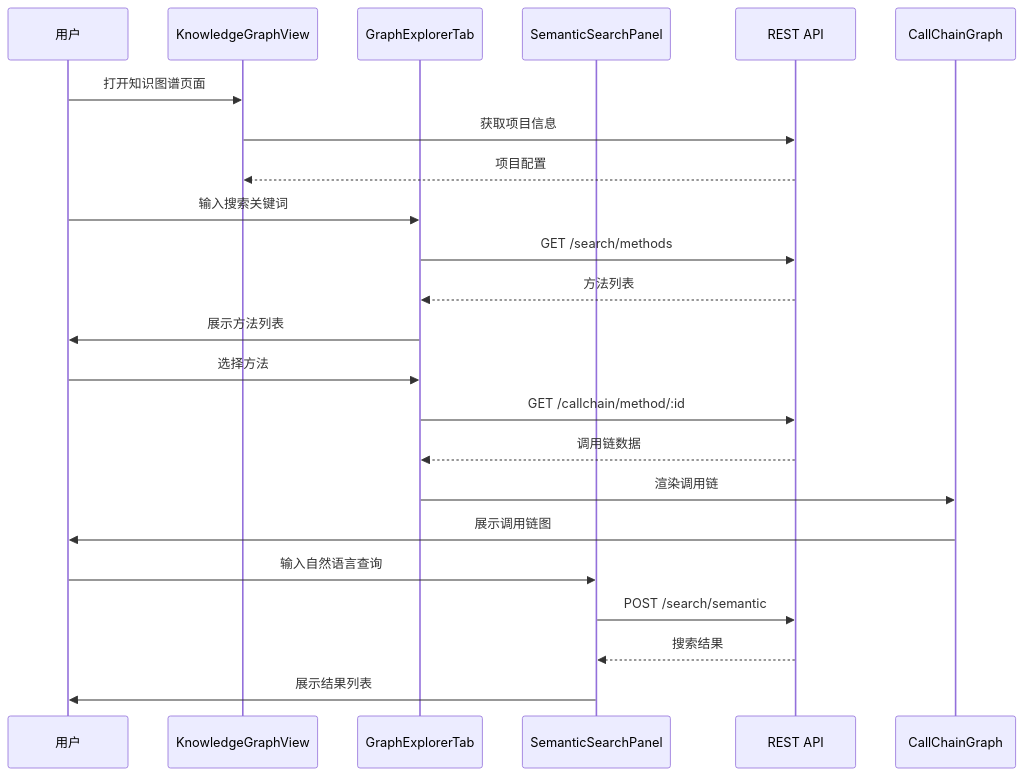
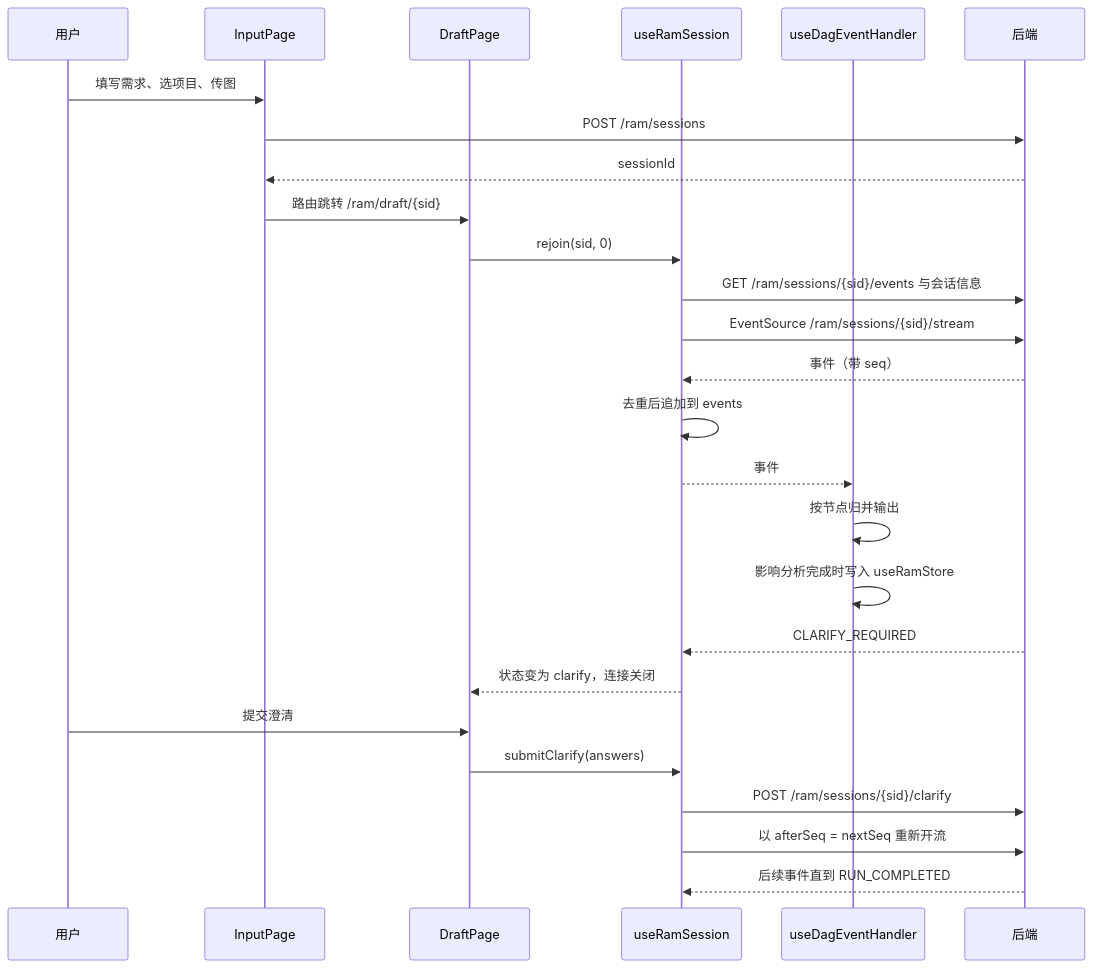
One commit to shenjiangchun/codeKnowledge changed the third of 8 diagrams in hisi-dev-tool-frontend/docs/codewiki/04-数据流程/index.md. Above: the diagram before and after it, drawn with Mermaid. The commit also changed other lines of this file and 82 other files, not shown here.

````diff
--- a/hisi-dev-tool-frontend/docs/codewiki/04-数据流程/index.md
+++ b/hisi-dev-tool-frontend/docs/codewiki/04-数据流程/index.md
@@ -126,29 +111,29 @@
 ```mermaid
 sequenceDiagram
     participant U as 用户
-    participant KGV as KnowledgeGraphView
-    participant GET as GraphExplorerTab
-    participant SST as SemanticSearchPanel
-    participant API as REST API
-    participant CCV as CallChainGraph
+    participant I as InputPage
+    participant D as DraftPage
+    participant S as useRamSession
+    participant H as useDagEventHandler
+    participant BE as 后端
 
-    U->>KGV: 打开知识图谱页面
-    KGV->>API: 获取项目信息
-    API-->>KGV: 项目配置
-
-    U->>GET: 输入搜索关键词
-    GET->>API: GET /search/methods
-    API-->>GET: 方法列表
-    GET->>U: 展示方法列表
-
-    U->>GET: 选择方法
-    GET->>API: GET /callchain/method/:id
-    API-->>GET: 调用链数据
-    GET->>CCV: 渲染调用链
-    CCV->>U: 展示调用链图
-
-    U->>SST: 输入自然语言查询
-    SST->>API: POST /search/semantic
-    API-->>SST: 搜索结果
-    SST->>U: 展示结果列表
+    U->>I: 填写需求、选项目、传图
+    I->>BE: POST /ram/sessions
+    BE-->>I: sessionId
+    I->>D: 路由跳转 /ram/draft/{sid}
+    D->>S: rejoin(sid, 0)
+    S->>BE: GET /ram/sessions/{sid}/events 与会话信息
+    S->>BE: EventSource /ram/sessions/{sid}/stream
+    BE-->>S: 事件（带 seq）
+    S->>S: 去重后追加到 events
+    S-->>H: 事件
+    H->>H: 按节点归并输出
+    H->>H: 影响分析完成时写入 useRamStore
+    BE-->>S: CLARIFY_REQUIRED
+    S-->>D: 状态变为 clarify，连接关闭
+    U->>D: 提交澄清
+    D->>S: submitClarify(answers)
+    S->>BE: POST /ram/sessions/{sid}/clarify
+    S->>BE: 以 afterSeq = nextSeq 重新开流
+    BE-->>S: 后续事件直到 RUN_COMPLETED
 ```
````
